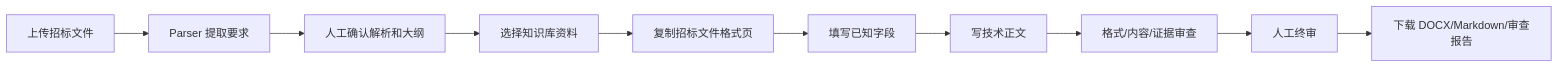
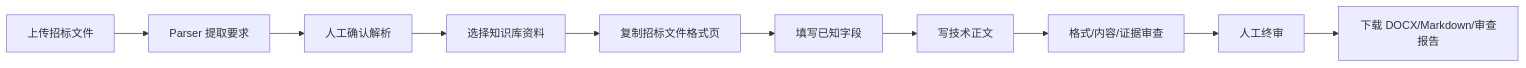
One commit to fakelilway/TenderDoc-Generator changed the diagram in minitasks.md. Above: the diagram before and after it, drawn with Mermaid. The commit also changed other lines of this file and 15 other files, not shown here.

````diff
--- a/minitasks.md
+++ b/minitasks.md
@@ -11,12 +11,12 @@
 ```mermaid
 flowchart LR
     A["上传招标文件"] --> B["Parser 提取要求"]
-    B --> C["人工确认解析和大纲"]
+    B --> C["人工确认解析"]
     C --> D["选择知识库资料"]
     D --> E["复制招标文件格式页"]
     E --> F["填写已知字段"]
     F --> G["写技术正文"]
     G --> H["格式/内容/证据审查"]
     H --> I["人工终审"]
     I --> J["下载 DOCX/Markdown/审查报告"]
 ```
````
